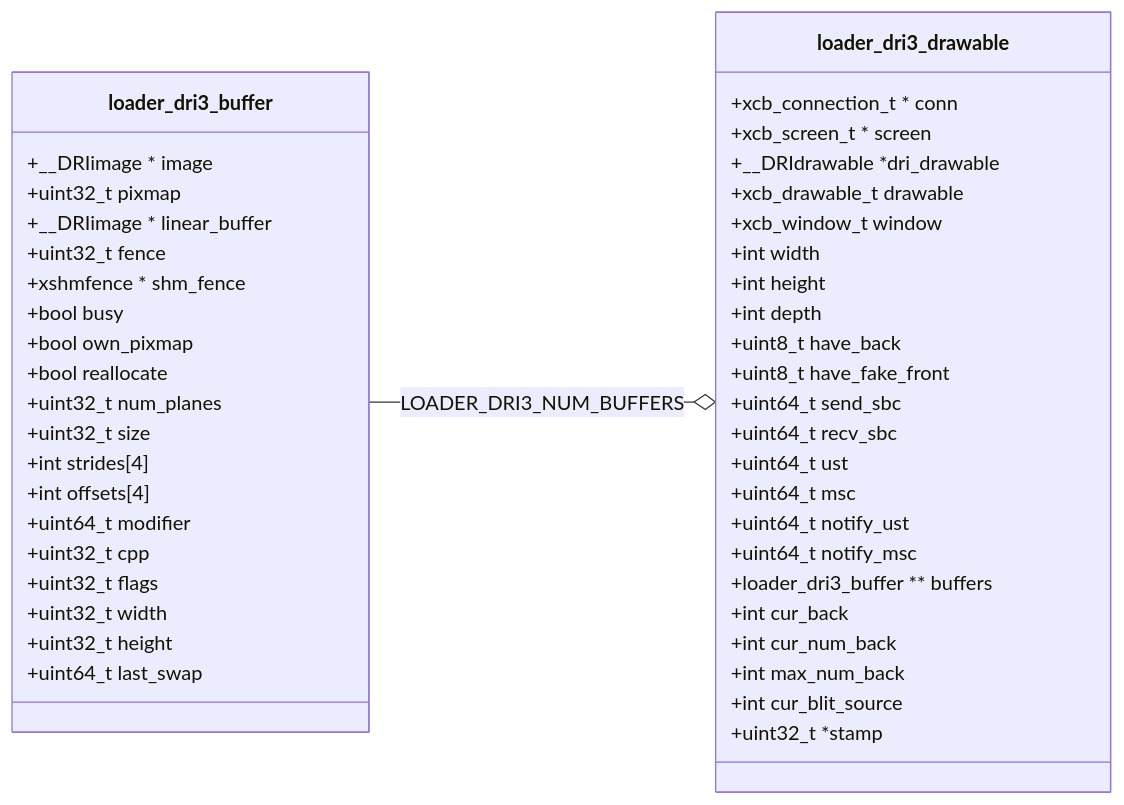
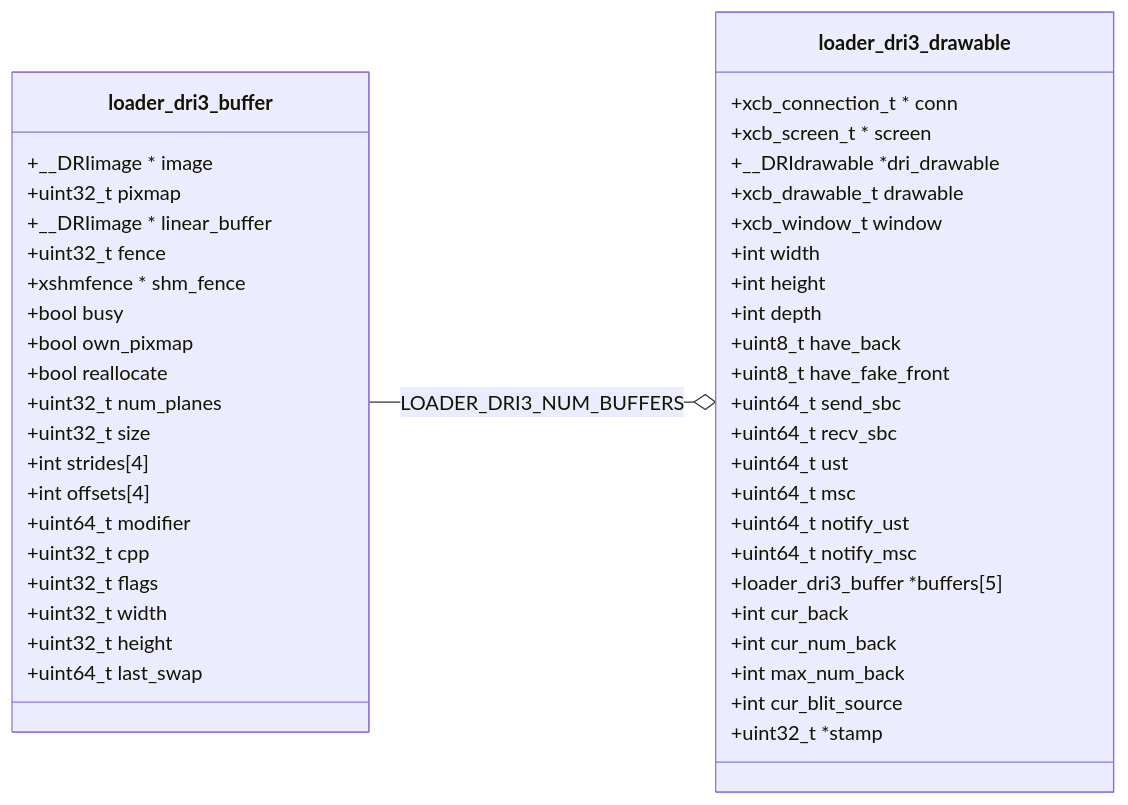
The first of 3 diagrams in source/_posts/gfx/dri3.md (lucmann/lucmann.github.io), drawn with Mermaid before and after one commit. The commit also changed other lines of this file, not shown here.

Commit message:
gfx: dri3

````diff
--- a/source/_posts/gfx/dri3.md
+++ b/source/_posts/gfx/dri3.md
@@ -24,49 +28,49 @@
 ```mermaid
 classDiagram
     direction RL
     loader_dri3_drawable o-- loader_dri3_buffer : LOADER_DRI3_NUM_BUFFERS
     class loader_dri3_drawable{
         +xcb_connection_t * conn
         +xcb_screen_t * screen
         +__DRIdrawable *dri_drawable
         +xcb_drawable_t drawable
         +xcb_window_t window
         +int width
         +int height
         +int depth
         +uint8_t have_back
         +uint8_t have_fake_front
         +uint64_t send_sbc
         +uint64_t recv_sbc
         +uint64_t ust
         +uint64_t msc
         +uint64_t notify_ust
         +uint64_t notify_msc
-        +loader_dri3_buffer ** buffers
+        +loader_dri3_buffer *buffers[5]
         +int cur_back
         +int cur_num_back
         +int max_num_back
         +int cur_blit_source
         +uint32_t *stamp
     }
     class loader_dri3_buffer{
         +__DRIimage * image
         +uint32_t pixmap
         +__DRIimage * linear_buffer
         +uint32_t fence
         +xshmfence * shm_fence
         +bool busy
         +bool own_pixmap
         +bool reallocate
         +uint32_t num_planes
         +uint32_t size
         +int strides[4]
         +int offsets[4]
         +uint64_t modifier
         +uint32_t cpp
         +uint32_t flags
         +uint32_t width
         +uint32_t height
         +uint64_t last_swap
     }
 ```
````
